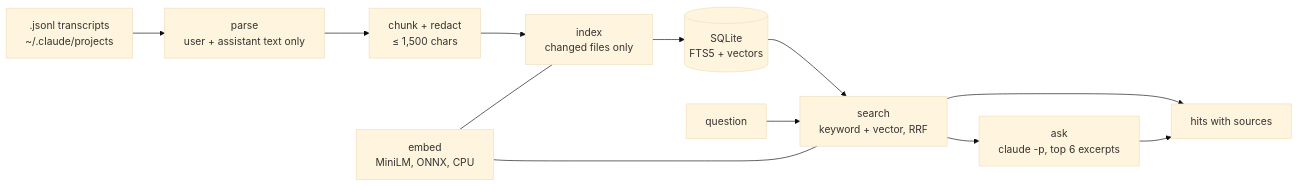
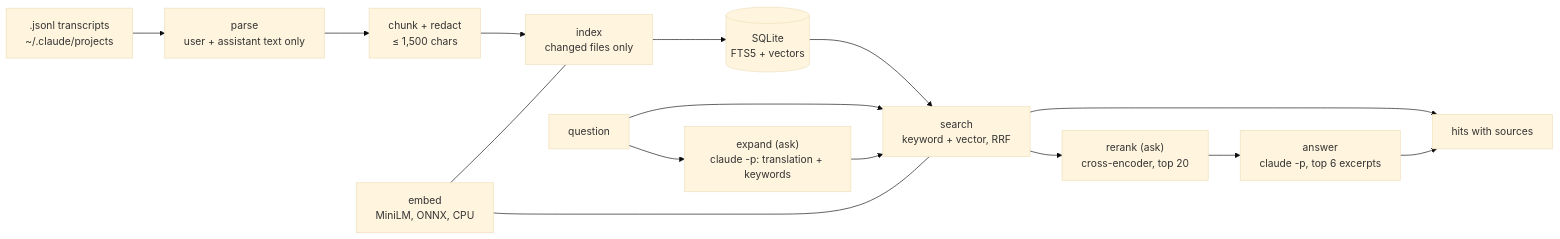
Before and after one commit to krissrsch/pawprint: the diagram in README.md, drawn with Mermaid (base theme). The commit also changed other lines of this file and 1 other file, not shown here.

````diff
--- a/README.md
+++ b/README.md
@@ -49,14 +50,17 @@
 ```mermaid
 flowchart LR
     T[".jsonl transcripts<br/>~/.claude/projects"] --> P["parse<br/>user + assistant text only"]
     P --> C["chunk + redact<br/>≤ 1,500 chars"]
     C --> I["index<br/>changed files only"]
     I --> DB[("SQLite<br/>FTS5 + vectors")]
     E["embed<br/>MiniLM, ONNX, CPU"] --- I
     Q["question"] --> S["search<br/>keyword + vector, RRF"]
+    Q --> X["expand (ask)<br/>claude -p: translation + keywords"]
+    X --> S
     E --- S
     DB --> S
     S --> R["hits with sources"]
-    S --> A["ask<br/>claude -p, top 6 excerpts"]
+    S --> RR["rerank (ask)<br/>cross-encoder, top 20"]
+    RR --> A["answer<br/>claude -p, top 6 excerpts"]
     A --> R
 ```
````
